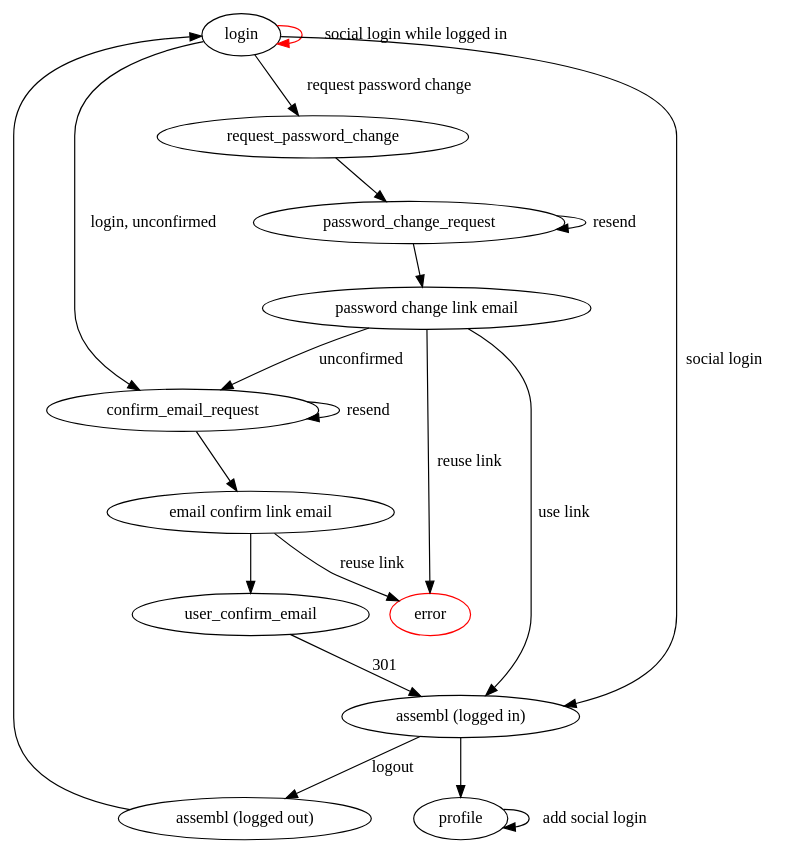
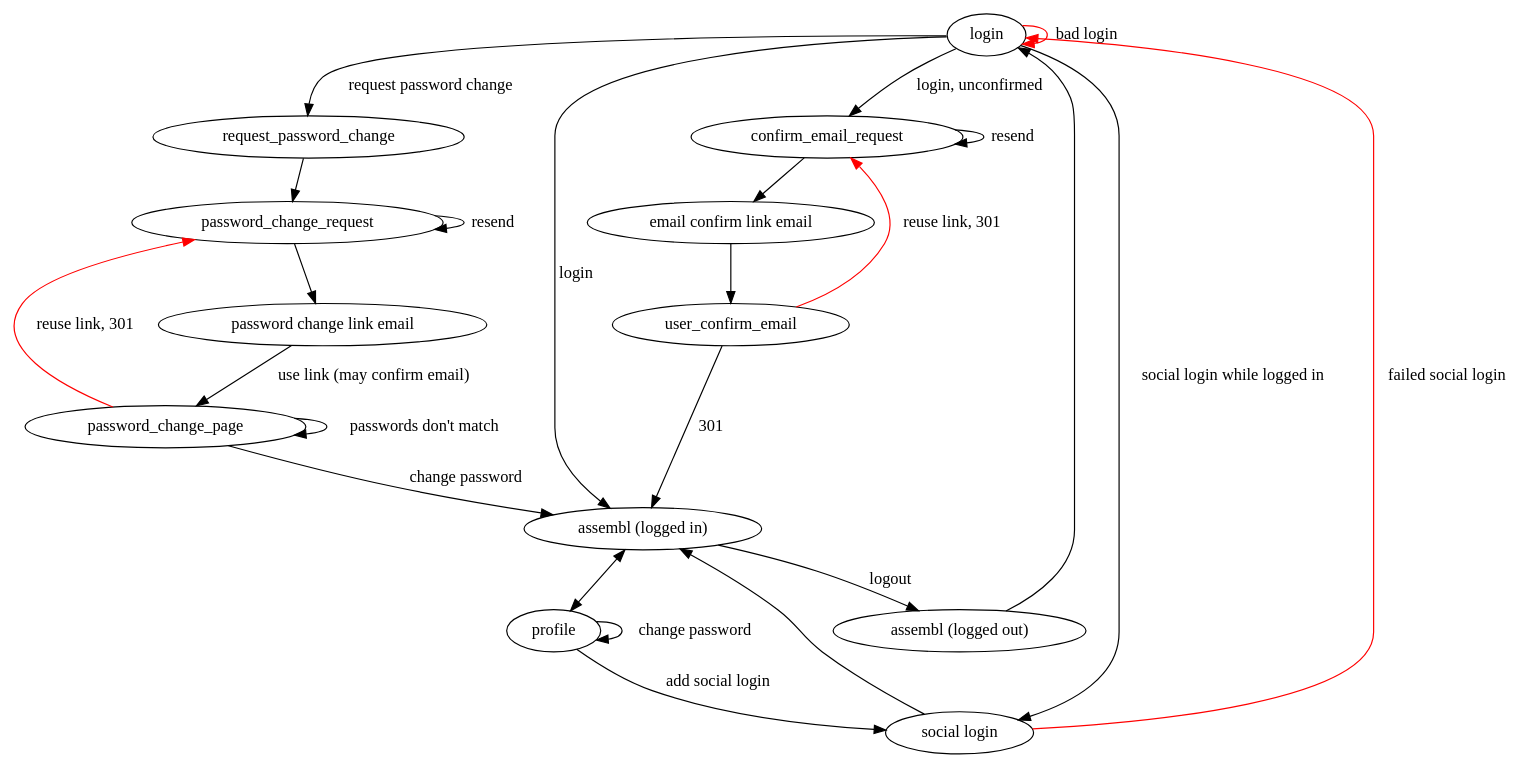
One commit to assembl/assembl changed the diagram in doc/auth.dot. Above: the diagram before and after it, drawn with Graphviz.

Commit message:
iteration on auth

```diff
--- a/doc/auth.dot
+++ b/doc/auth.dot
@@ -1,39 +1,43 @@
 strict digraph {
 
     login;
     "request_password_change";
     "email confirm link email";
     "password change link email";
     "assembl (logged out)";
     "profile";
     "assembl (logged in)";
-    "error" [color="red"];
     "user_confirm_email";
     #"confirm_user_email";
     "confirm_email_request" ;
     "password_change_request";
 
     login -> "assembl (logged in)" [label=login];
     login->login [label="bad login", color=red];
     login -> "confirm_email_request" [label="register"];
-    login -> "assembl (logged in)" [label="social login"];
+    login -> "social login";
+    "social login" -> "assembl (logged in)";
+    "social login" -> login [color=red, label="failed social login"];
     login -> "confirm_email_request" [label="login, unconfirmed"];
     "confirm_email_request" -> "confirm_email_request" [label=resend];
     confirm_email_request -> "email confirm link email";
     "email confirm link email"->user_confirm_email;
     user_confirm_email->"assembl (logged in)" [label=301];
-    "email confirm link email"->error [label="reuse link"];
+    user_confirm_email->confirm_email_request [label="reuse link, 301", color=red];
     login->request_password_change [label="request password change"];
     request_password_change->password_change_request;
     password_change_request->password_change_request [label=resend];
     password_change_request->"password change link email";
-    "password change link email"->"assembl (logged in)" [label="use link"];
-    "password change link email"->error [label="reuse link"];
-    "password change link email"->"confirm_email_request" [label="unconfirmed"];
+    "password change link email"->"password_change_page" [label="use link (may confirm email)"];
+
+    "password_change_page"->"assembl (logged in)" [label="change password"];
+    "password_change_page"->"password_change_page" [label="passwords don't match"];
+    "password_change_page"->"password_change_request" [label="reuse link, 301", color=red];
     "assembl (logged in)" -> "assembl (logged out)" [label="logout"];
     "assembl (logged out)" -> login;
-    login -> login [label="social login while logged in"];
-    "assembl (logged in)" -> profile;
-    "profile" -> profile [label="add social login"];
+    login -> "social login" [label="social login while logged in"];
+    "assembl (logged in)" -> profile [dir="both"];
+    "profile" -> "social login" [label="add social login"];
+    profile->profile [label="change password"];
     #"confirm_user_email"->"email confirm link email";
 }
```
